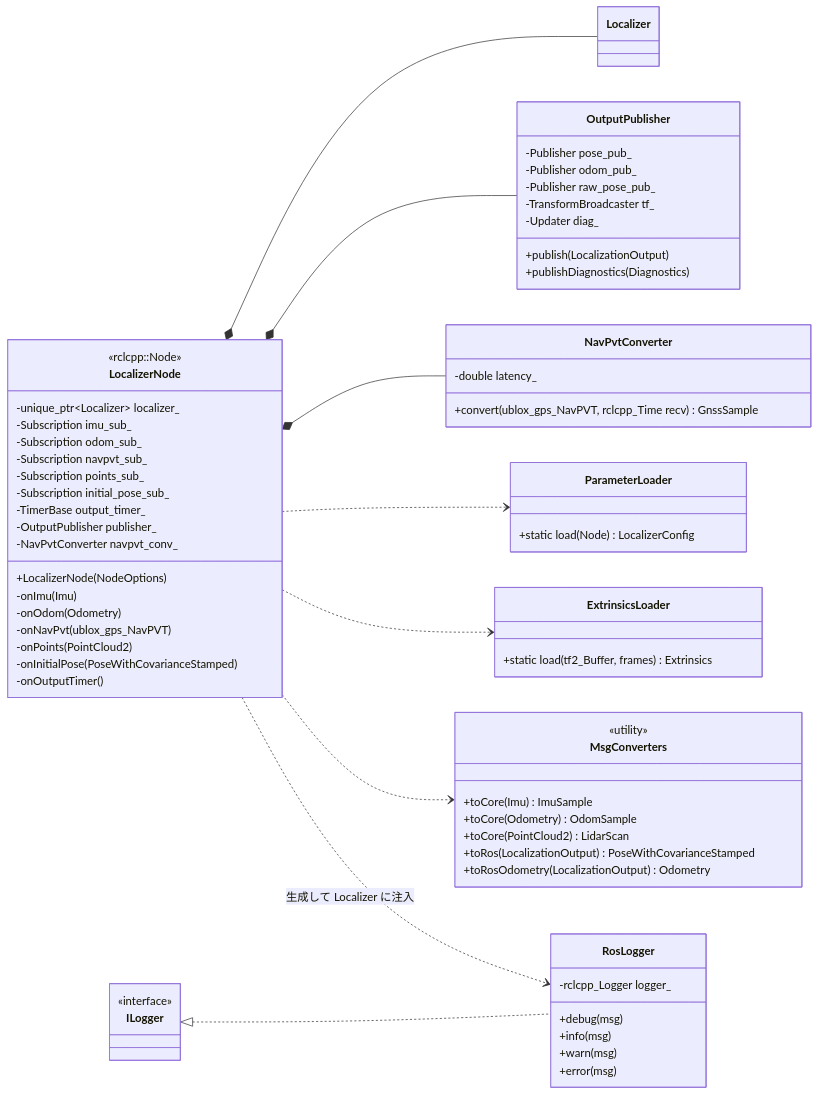
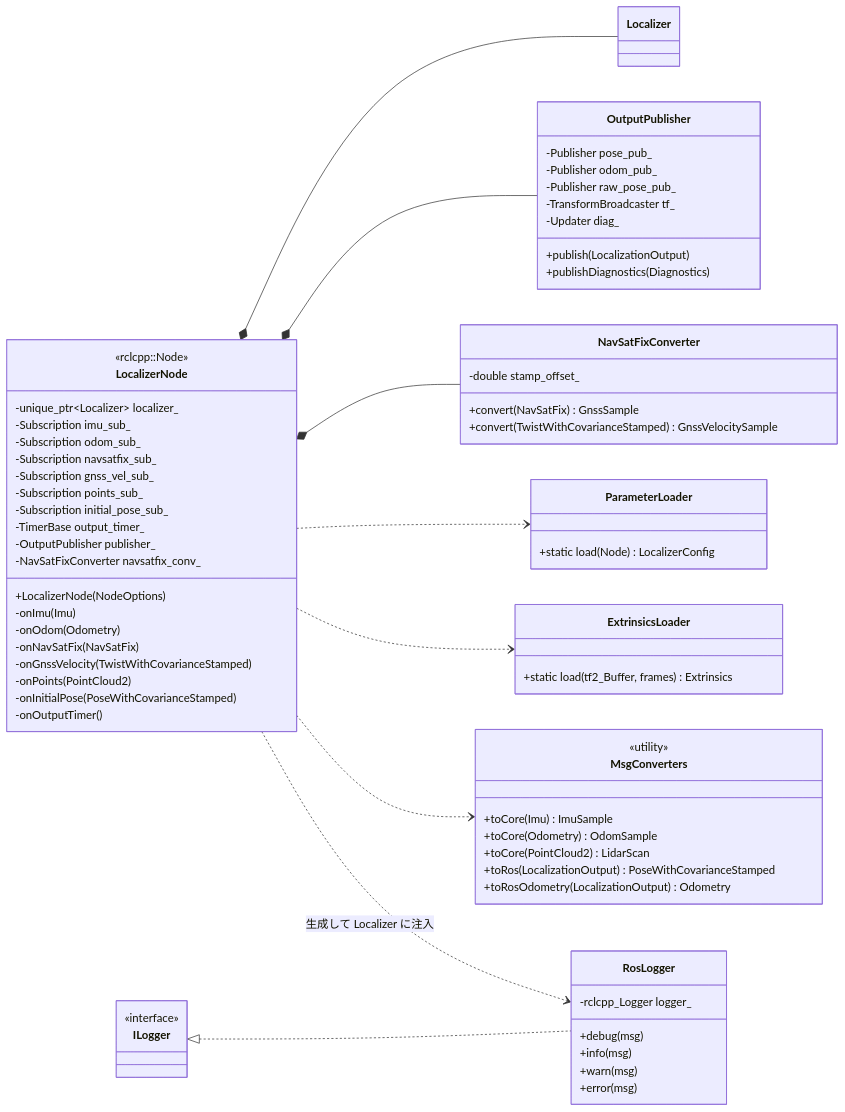
One commit to mamoru1126/gnss_and_lidar_localization changed the ninth of 12 diagrams in docs/architecture.md. Above: the diagram before and after it, drawn with Mermaid. The commit also changed other lines of this file and 1 other file, not shown here.

First line of the commit message:
docs: GNSS 入力を sensor_msgs/NavSatFix に変更（設計書 v0.5）

````diff
--- a/docs/architecture.md
+++ b/docs/architecture.md
@@ -764,71 +768,74 @@
 ```mermaid
 classDiagram
   direction LR
 
   class LocalizerNode {
     <<rclcpp::Node>>
     -unique_ptr~Localizer~ localizer_
     -Subscription imu_sub_
     -Subscription odom_sub_
-    -Subscription navpvt_sub_
+    -Subscription navsatfix_sub_
+    -Subscription gnss_vel_sub_
     -Subscription points_sub_
     -Subscription initial_pose_sub_
     -TimerBase output_timer_
     -OutputPublisher publisher_
-    -NavPvtConverter navpvt_conv_
+    -NavSatFixConverter navsatfix_conv_
     +LocalizerNode(NodeOptions)
     -onImu(Imu)
     -onOdom(Odometry)
-    -onNavPvt(ublox_gps_NavPVT)
+    -onNavSatFix(NavSatFix)
+    -onGnssVelocity(TwistWithCovarianceStamped)
     -onPoints(PointCloud2)
     -onInitialPose(PoseWithCovarianceStamped)
     -onOutputTimer()
   }
   class ParameterLoader {
     +static load(Node) LocalizerConfig
   }
   class ExtrinsicsLoader {
     +static load(tf2_Buffer, frames) Extrinsics
   }
   class RosLogger {
     -rclcpp_Logger logger_
     +debug(msg)
     +info(msg)
     +warn(msg)
     +error(msg)
   }
-  class NavPvtConverter {
-    -double latency_
-    +convert(ublox_gps_NavPVT, rclcpp_Time recv) GnssSample
+  class NavSatFixConverter {
+    -double stamp_offset_
+    +convert(NavSatFix) GnssSample
+    +convert(TwistWithCovarianceStamped) GnssVelocitySample
   }
   class MsgConverters {
     <<utility>>
     +toCore(Imu) ImuSample
     +toCore(Odometry) OdomSample
     +toCore(PointCloud2) LidarScan
     +toRos(LocalizationOutput) PoseWithCovarianceStamped
     +toRosOdometry(LocalizationOutput) Odometry
   }
   class OutputPublisher {
     -Publisher pose_pub_
     -Publisher odom_pub_
     -Publisher raw_pose_pub_
     -TransformBroadcaster tf_
     -Updater diag_
     +publish(LocalizationOutput)
     +publishDiagnostics(Diagnostics)
   }
   class ILogger {
     <<interface>>
   }
   class Localizer
 
   LocalizerNode *-- Localizer
   LocalizerNode *-- OutputPublisher
-  LocalizerNode *-- NavPvtConverter
+  LocalizerNode *-- NavSatFixConverter
   LocalizerNode ..> ParameterLoader
   LocalizerNode ..> ExtrinsicsLoader
   LocalizerNode ..> MsgConverters
   ILogger <|.. RosLogger
   LocalizerNode ..> RosLogger : 生成して Localizer に注入
 ```
````
